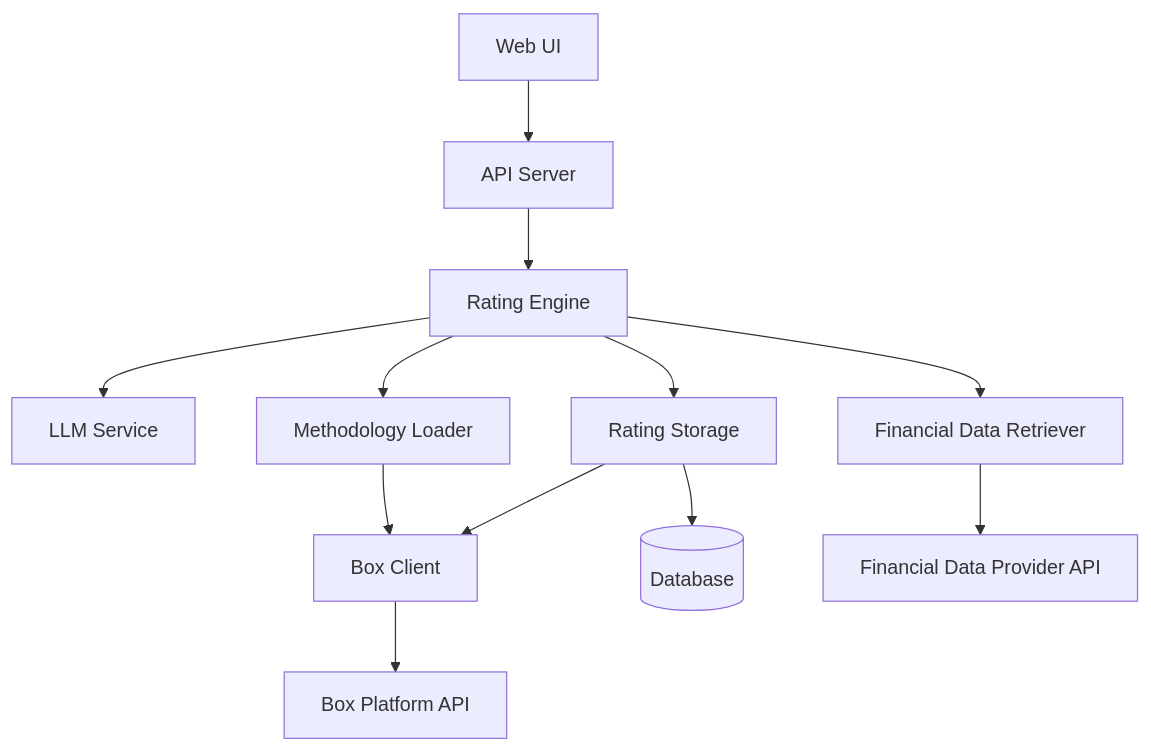
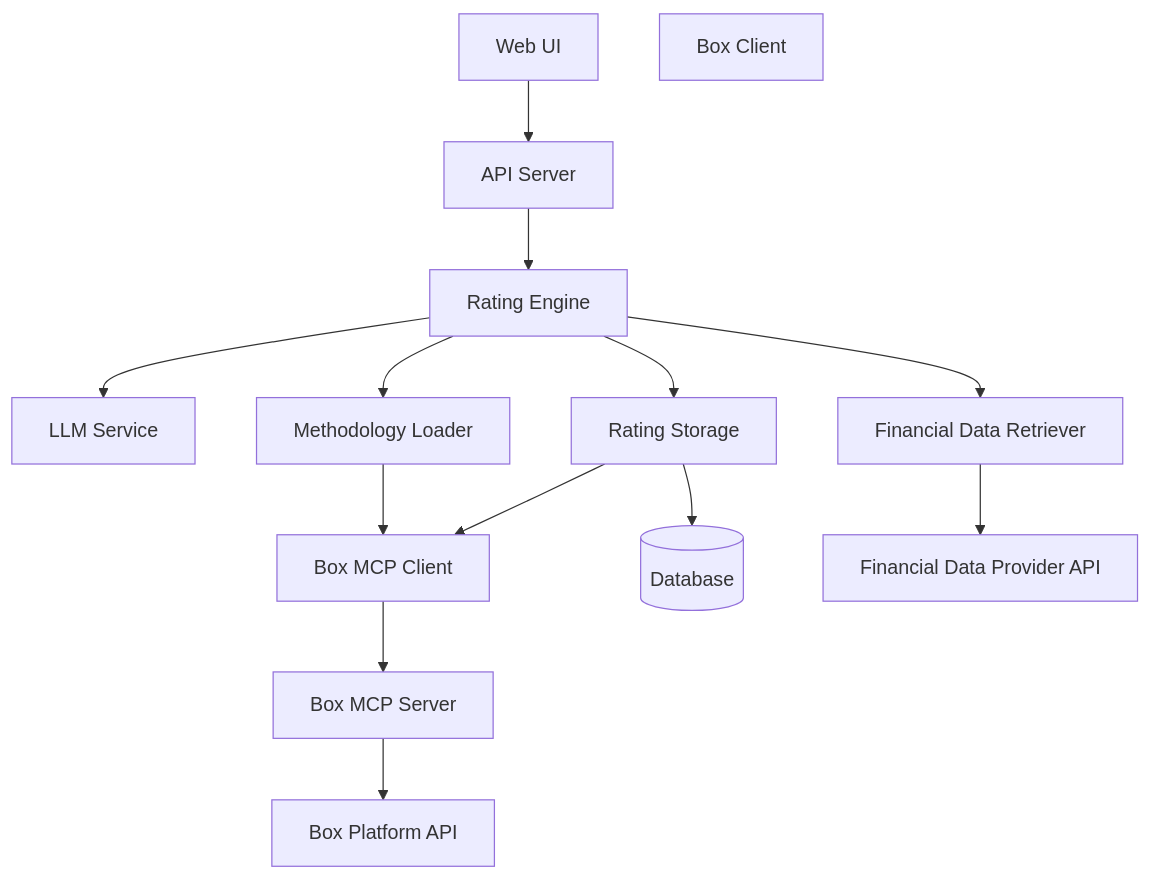
The first of 2 diagrams in .kiro/specs/company-credit-rating/design.md (mpatnode/creditiq), drawn with Mermaid before and after one commit. The commit also changed other lines of this file, not shown here.

Commit message:
Add Box MCP

````diff
--- a/.kiro/specs/company-credit-rating/design.md
+++ b/.kiro/specs/company-credit-rating/design.md
@@ -19,24 +19,25 @@
 ```mermaid
 graph TB
     UI[Web UI]
     API[API Server]
     RatingEngine[Rating Engine]
     LLM[LLM Service]
     DataRetriever[Financial Data Retriever]
     Storage[Rating Storage]
     MethodologyLoader[Methodology Loader]
     BoxClient[Box Client]
     
     UI --> API
     API --> RatingEngine
     RatingEngine --> LLM
     RatingEngine --> DataRetriever
     RatingEngine --> MethodologyLoader
     RatingEngine --> Storage
-    MethodologyLoader --> BoxClient
-    Storage --> BoxClient
+    MethodologyLoader --> BoxMCP[Box MCP Client]
+    Storage --> BoxMCP
     Storage --> DB[(Database)]
-    BoxClient --> BoxAPI[Box Platform API]
+    BoxMCP --> MCPServer[Box MCP Server]
+    MCPServer --> BoxAPI[Box Platform API]
     
     DataRetriever --> FinancialAPI[Financial Data Provider API]
 ```
````
